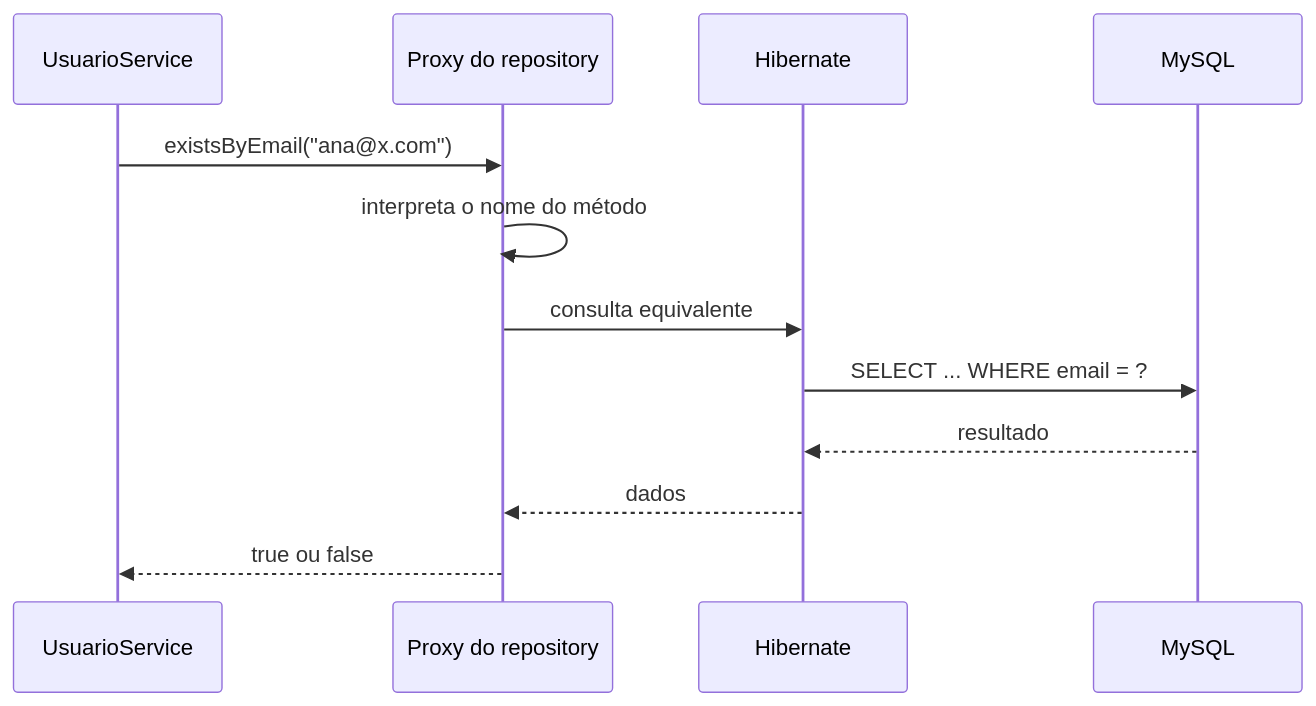
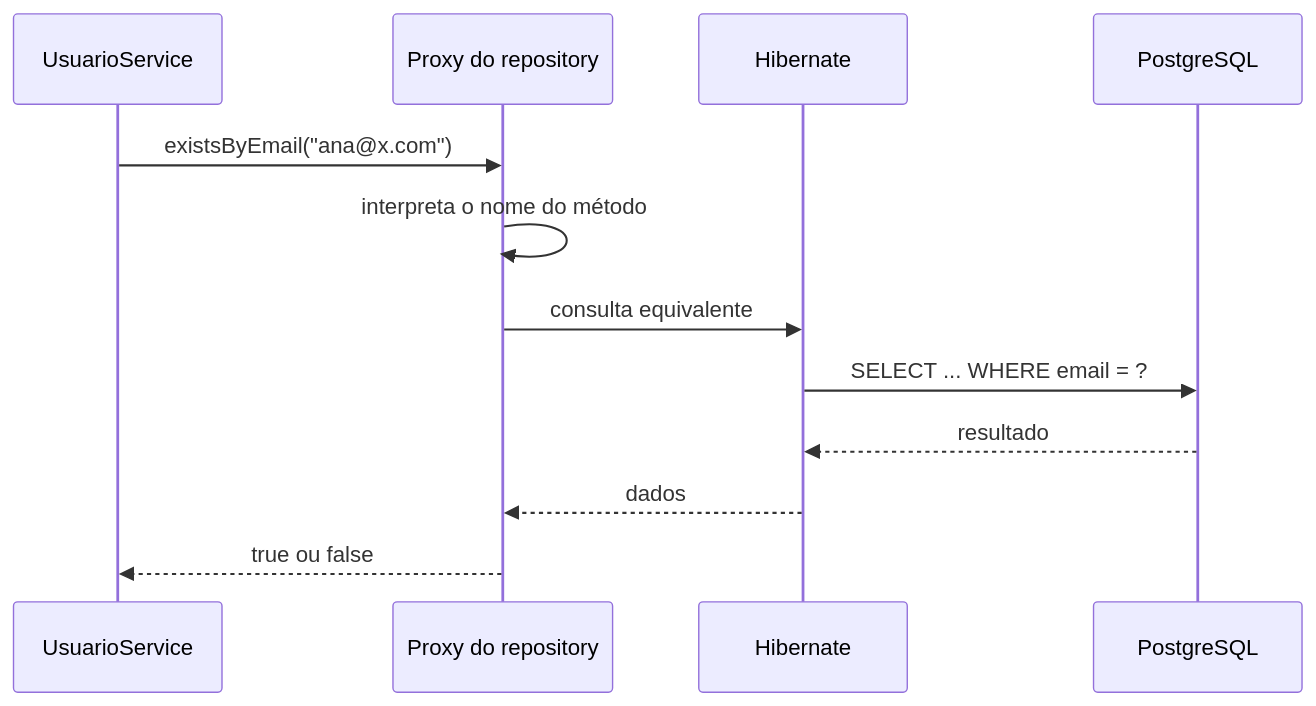
The second of 3 diagrams in KB/Conceitos/Repository.md (GastroMatch-PI/GastroMatch), drawn with Mermaid before and after one commit. The commit also changed other lines of this file and 21 other files, not shown here.

````diff
--- a/KB/Conceitos/Repository.md
+++ b/KB/Conceitos/Repository.md
@@ -67,14 +67,14 @@
 ```mermaid
 sequenceDiagram
     participant S as UsuarioService
     participant P as Proxy do repository
     participant H as Hibernate
-    participant DB as MySQL
+    participant DB as PostgreSQL
     S->>P: existsByEmail("ana@x.com")
     P->>P: interpreta o nome do método
     P->>H: consulta equivalente
     H->>DB: SELECT ... WHERE email = ?
     DB-->>H: resultado
     H-->>P: dados
     P-->>S: true ou false
 ```
````
